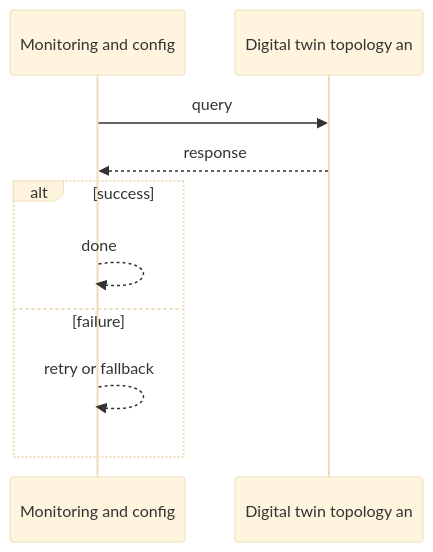
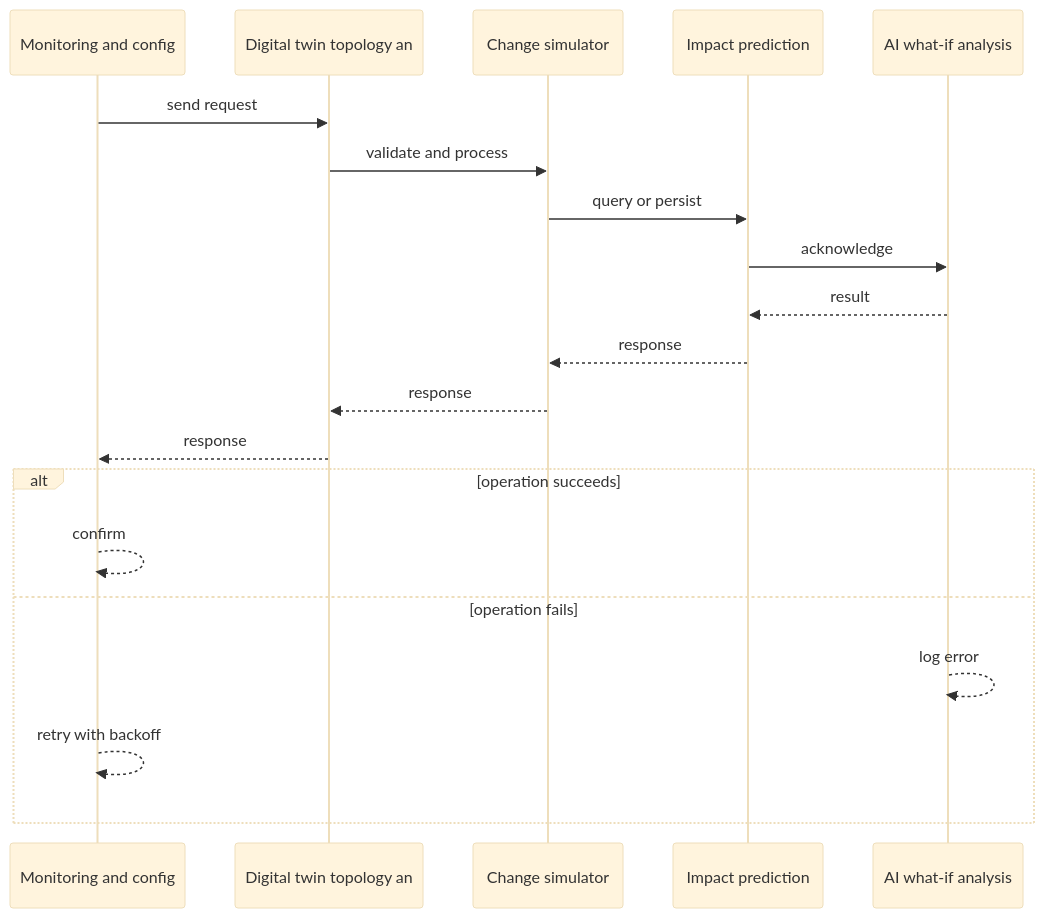
One commit to RIT-MESH/system-design-mastery changed the second of 4 diagrams in case-studies/network-ai-systems/network-digital-twin.md. Above: the diagram before and after it, drawn with Mermaid (base theme). The commit also changed other lines of this file and 64 other files, not shown here.

````diff
--- a/case-studies/network-ai-systems/network-digital-twin.md
+++ b/case-studies/network-ai-systems/network-digital-twin.md
@@ -80,13 +68,23 @@
 ```mermaid
 %% created-for: system-design-mastery
 sequenceDiagram
-  participant P0 as Monitoring and config
-  participant P1 as Digital twin topology an
-  P0 ->> P1: query
-  P1 -->> P0: response
-  alt success
-    P0 -->> P0: done
-  else failure
-    P0 -->> P0: retry or fallback
+  participant C0 as Monitoring and config
+  participant C1 as Digital twin topology an
+  participant C2 as Change simulator
+  participant C3 as Impact prediction
+  participant C4 as AI what-if analysis
+  C0 ->> C1: send request
+  C1 ->> C2: validate and process
+  C2 ->> C3: query or persist
+  C3 ->> C4: acknowledge
+  C4 -->> C3: result
+  C3 -->> C2: response
+  C2 -->> C1: response
+  C1 -->> C0: response
+  alt operation succeeds
+    C0 -->> C0: confirm
+  else operation fails
+    C4 -->> C4: log error
+    C0 -->> C0: retry with backoff
   end
 ```
````
